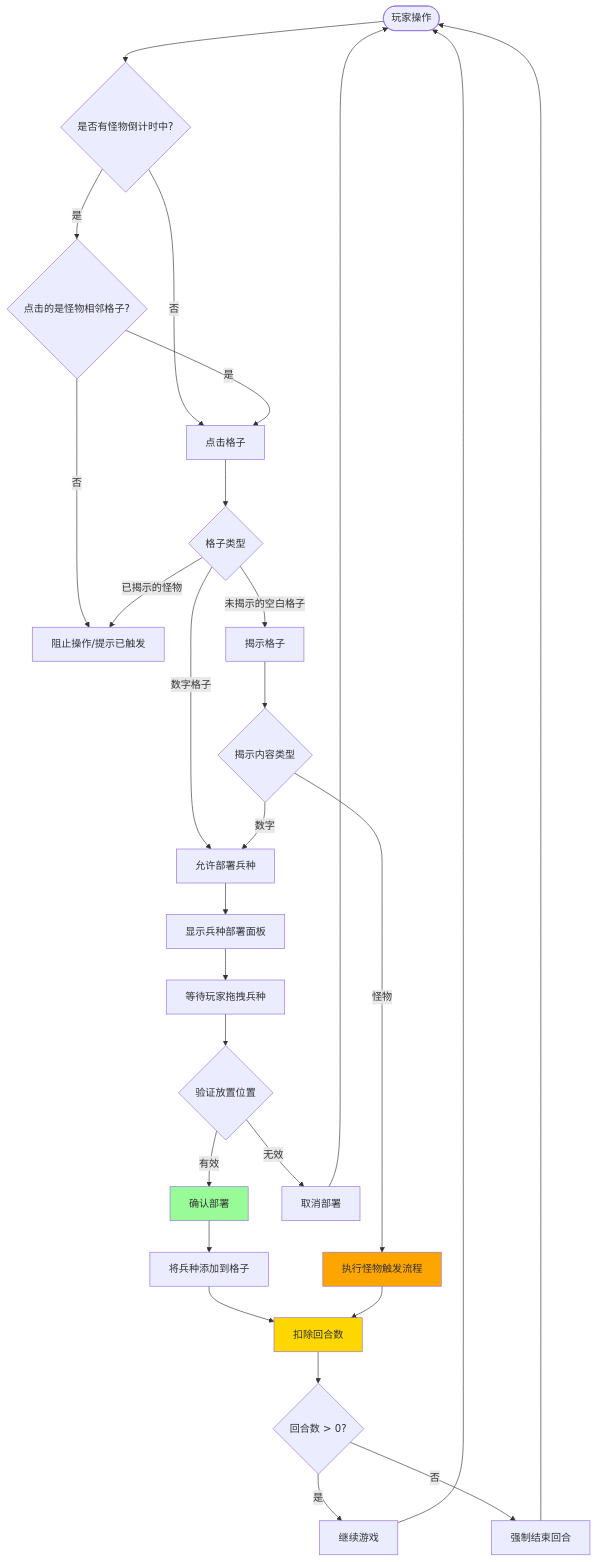
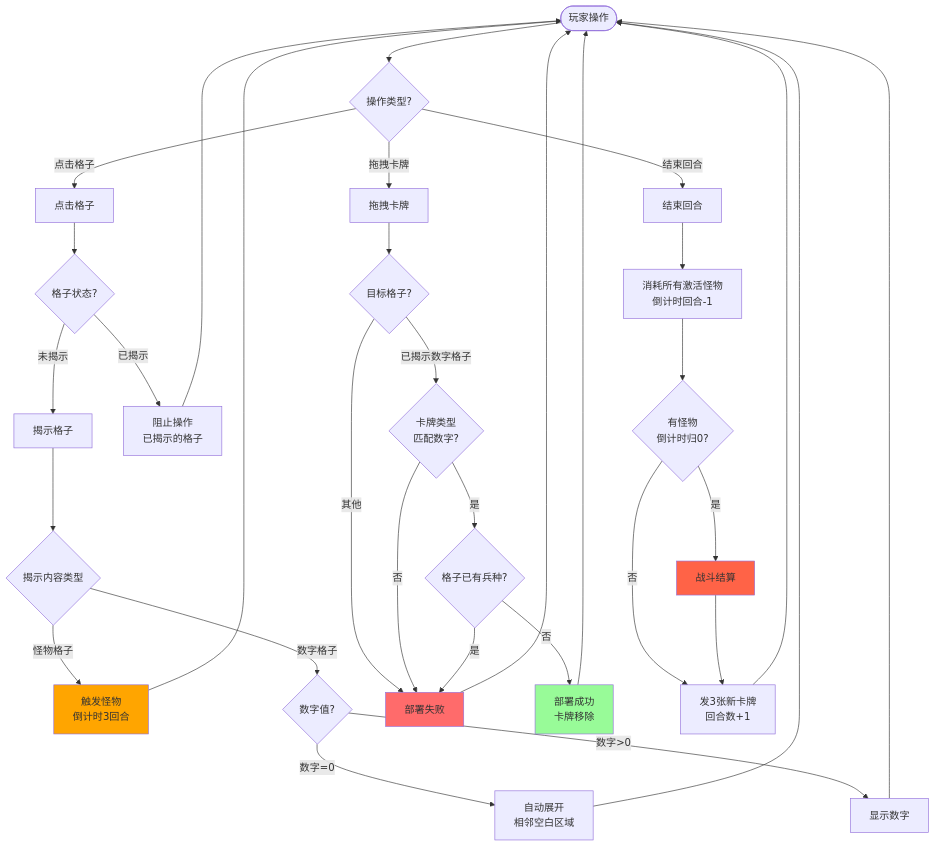
One commit to JourneyHans/MinefieldBattle changed the third of 4 diagrams in doc/流程图.md. Above: the diagram before and after it, drawn with Mermaid. The commit also changed other lines of this file and 2 other files, not shown here.

````diff
--- a/doc/流程图.md
+++ b/doc/流程图.md
@@ -119,43 +143,53 @@
 ```mermaid
 flowchart TD
-    PlayerAction([玩家操作]) --> CheckCountdownState{是否有怪物倒计时中?}
-    CheckCountdownState -->|是| CheckAdjacent{点击的是怪物相邻格子?}
-    CheckCountdownState -->|否| ClickCell[点击格子]
+    PlayerAction([玩家操作]) --> ActionType{操作类型?}
     
-    CheckAdjacent -->|是| ClickCell
-    CheckAdjacent -->|否| BlockAction[阻止操作<br/>只能操作相邻格子]
+    ActionType -->|点击格子| ClickCell[点击格子]
+    ActionType -->|拖拽卡牌| DragCard[拖拽卡牌]
+    ActionType -->|结束回合| EndTurn[结束回合]
     
-    ClickCell --> CellType{格子类型}
+    ClickCell --> CheckCellState{格子状态?}
     
-    CellType -->|未揭示的空白格子| Reveal[揭示格子]
-    CellType -->|数字格子| AllowDeploy[允许部署兵种]
-    CellType -->|已揭示的怪物| BlockAction[阻止操作/提示已触发]
+    CheckCellState -->|未揭示| Reveal[揭示格子]
+    CheckCellState -->|已揭示| BlockClick[阻止操作<br/>已揭示的格子]
     
     Reveal --> RevealType{揭示内容类型}
-    RevealType -->|怪物| TriggerMonsterFlow[执行怪物触发流程]
-    RevealType -->|数字| AllowDeploy
+    RevealType -->|怪物格子| TriggerMonster[触发怪物<br/>倒计时3回合]
+    RevealType -->|数字格子| CheckNumber{数字值?}
     
-    AllowDeploy --> ShowDeployPanel[显示兵种部署面板]
-    ShowDeployPanel --> WaitDrag[等待玩家拖拽兵种]
-    WaitDrag --> ValidateDrop{验证放置位置}
+    CheckNumber -->|数字=0| AutoExpand[自动展开<br/>相邻空白区域]
+    CheckNumber -->|数字>0| ShowNumber[显示数字]
     
-    ValidateDrop -->|有效| ConfirmDeploy[确认部署]
-    ValidateDrop -->|无效| CancelDeploy[取消部署]
+    TriggerMonster --> PlayerAction
+    AutoExpand --> PlayerAction
+    ShowNumber --> PlayerAction
+    BlockClick --> PlayerAction
     
-    ConfirmDeploy --> AddUnitToCell[将兵种添加到格子]
-    AddUnitToCell --> DeductRound[扣除回合数]
+    DragCard --> CheckTarget{目标格子?}
     
-    TriggerMonsterFlow --> DeductRound
-    CancelDeploy --> PlayerAction
+    CheckTarget -->|已揭示数字格子| CheckMatch{卡牌类型<br/>匹配数字?}
+    CheckTarget -->|其他| DeployFail[部署失败]
     
-    DeductRound --> CheckRound{回合数 > 0?}
-    CheckRound -->|是| ContinueGame[继续游戏]
-    CheckRound -->|否| ForceEndTurn[强制结束回合]
+    CheckMatch -->|是| CheckDeployed{格子已有兵种?}
+    CheckMatch -->|否| DeployFail
     
-    ContinueGame --> PlayerAction
-    ForceEndTurn --> PlayerAction
+    CheckDeployed -->|否| DeploySuccess[部署成功<br/>卡牌移除]
+    CheckDeployed -->|是| DeployFail
     
-    style TriggerMonsterFlow fill:#FFA500
-    style ConfirmDeploy fill:#98FB98
-    style DeductRound fill:#FFD700
+    DeploySuccess --> PlayerAction
+    DeployFail --> PlayerAction
+    
+    EndTurn --> ConsumeCountdown[消耗所有激活怪物<br/>倒计时回合-1]
+    ConsumeCountdown --> CheckSettle{有怪物<br/>倒计时归0?}
+    
+    CheckSettle -->|是| BattleSettle[战斗结算]
+    CheckSettle -->|否| DealCards[发3张新卡牌<br/>回合数+1]
+    
+    BattleSettle --> DealCards
+    DealCards --> PlayerAction
+    
+    style TriggerMonster fill:#FFA500
+    style DeploySuccess fill:#98FB98
+    style DeployFail fill:#FF6B6B
+    style BattleSettle fill:#FF6347
 ```
````
